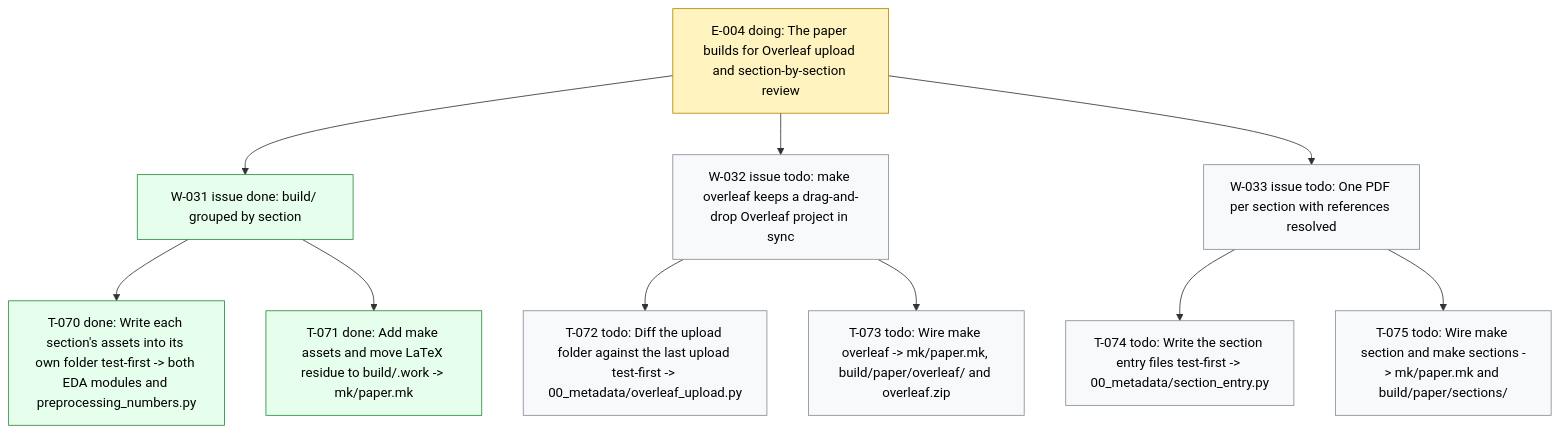
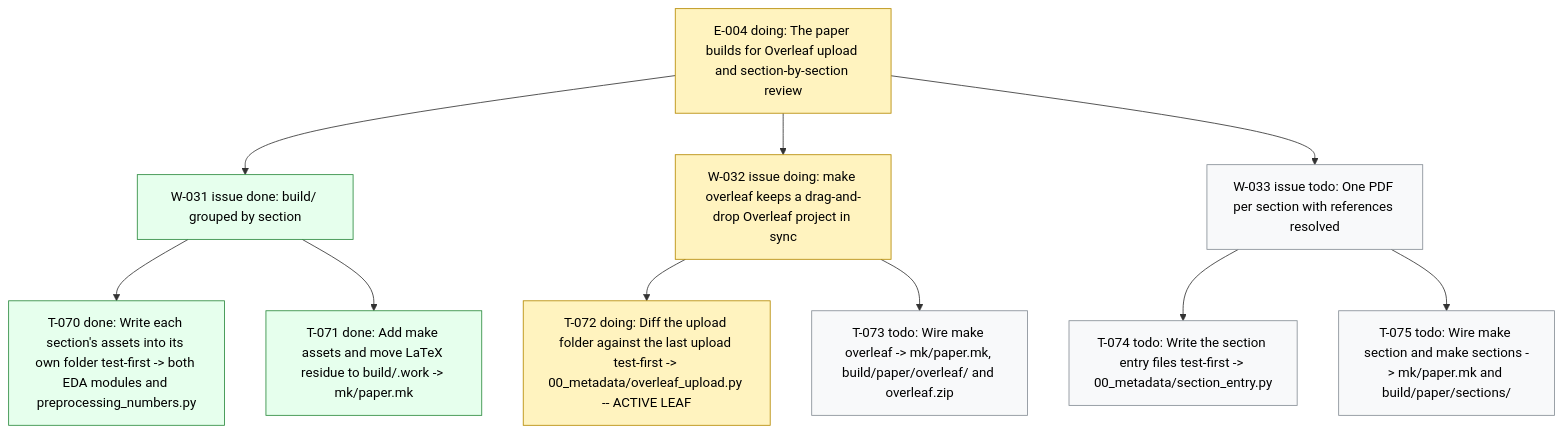
Before and after one commit to dpopchev/surrogate-models: the diagram in .board/BOARD.md, drawn with Mermaid. The commit also changed other lines of this file and 5 other files, not shown here.

First line of the commit message:
feat(paper): diff the Overleaf upload folder against the last upload

````diff
--- a/.board/BOARD.md
+++ b/.board/BOARD.md
@@ -216,21 +216,21 @@
 ```mermaid
 flowchart TD
   E004["E-004 doing: The paper builds for Overleaf upload and section-by-section review"]
   E004 --> W031["W-031 issue done: build/ grouped by section"]
   W031 --> T070["T-070 done: Write each section's assets into its own folder test-first -> both EDA modules and preprocessing_numbers.py"]
   W031 --> T071["T-071 done: Add make assets and move LaTeX residue to build/.work -> mk/paper.mk"]
-  E004 --> W032["W-032 issue todo: make overleaf keeps a drag-and-drop Overleaf project in sync"]
-  W032 --> T072["T-072 todo: Diff the upload folder against the last upload test-first -> 00_metadata/overleaf_upload.py"]
+  E004 --> W032["W-032 issue doing: make overleaf keeps a drag-and-drop Overleaf project in sync"]
+  W032 --> T072["T-072 doing: Diff the upload folder against the last upload test-first -> 00_metadata/overleaf_upload.py -- ACTIVE LEAF"]
   W032 --> T073["T-073 todo: Wire make overleaf -> mk/paper.mk, build/paper/overleaf/ and overleaf.zip"]
   E004 --> W033["W-033 issue todo: One PDF per section with references resolved"]
   W033 --> T074["T-074 todo: Write the section entry files test-first -> 00_metadata/section_entry.py"]
   W033 --> T075["T-075 todo: Wire make section and make sections -> mk/paper.mk and build/paper/sections/"]
   classDef doing fill:#fff3bf,stroke:#b58900,color:#000;
   classDef blocked fill:#ffe3e3,stroke:#c92a2a,color:#000;
   classDef done fill:#e6ffed,stroke:#2b8a3e,color:#000;
   classDef todo fill:#f8f9fa,stroke:#868e96,color:#000;
   classDef pruned fill:#f1f3f5,stroke:#adb5bd,color:#000;
-  class E004 doing
+  class E004,W032,T072 doing
   class W031,T070,T071 done
-  class W032,T072,T073,W033,T074,T075 todo
+  class T073,W033,T074,T075 todo
 ```
````
